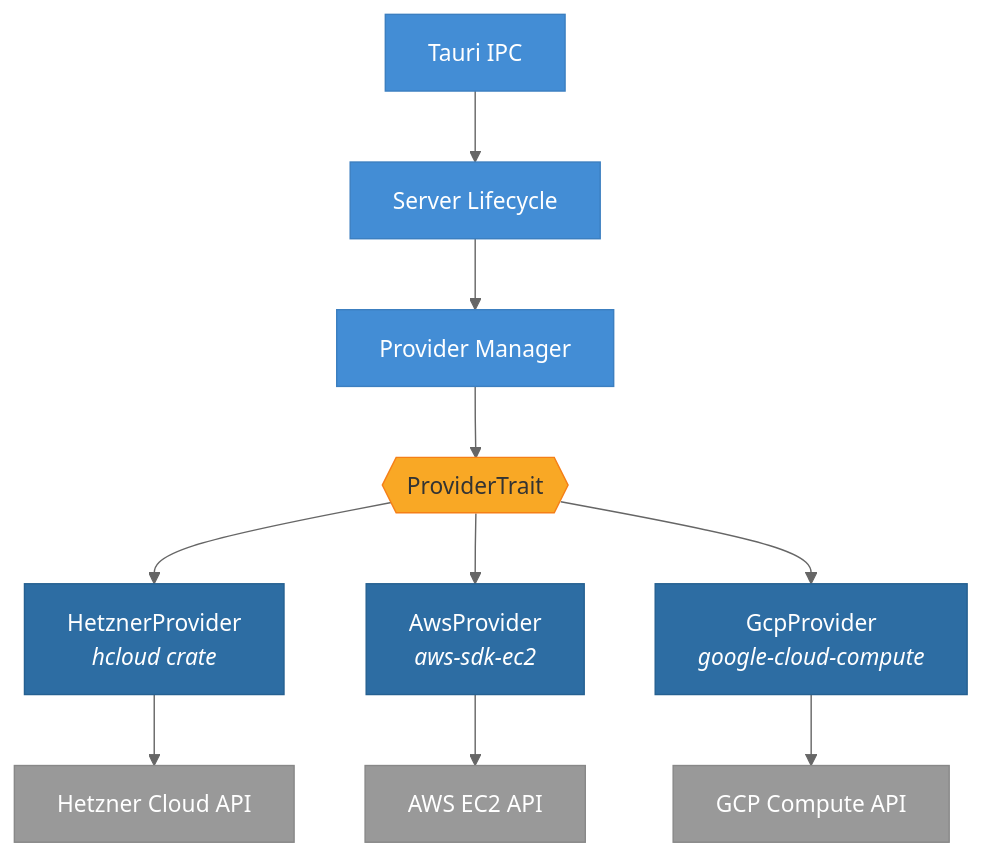
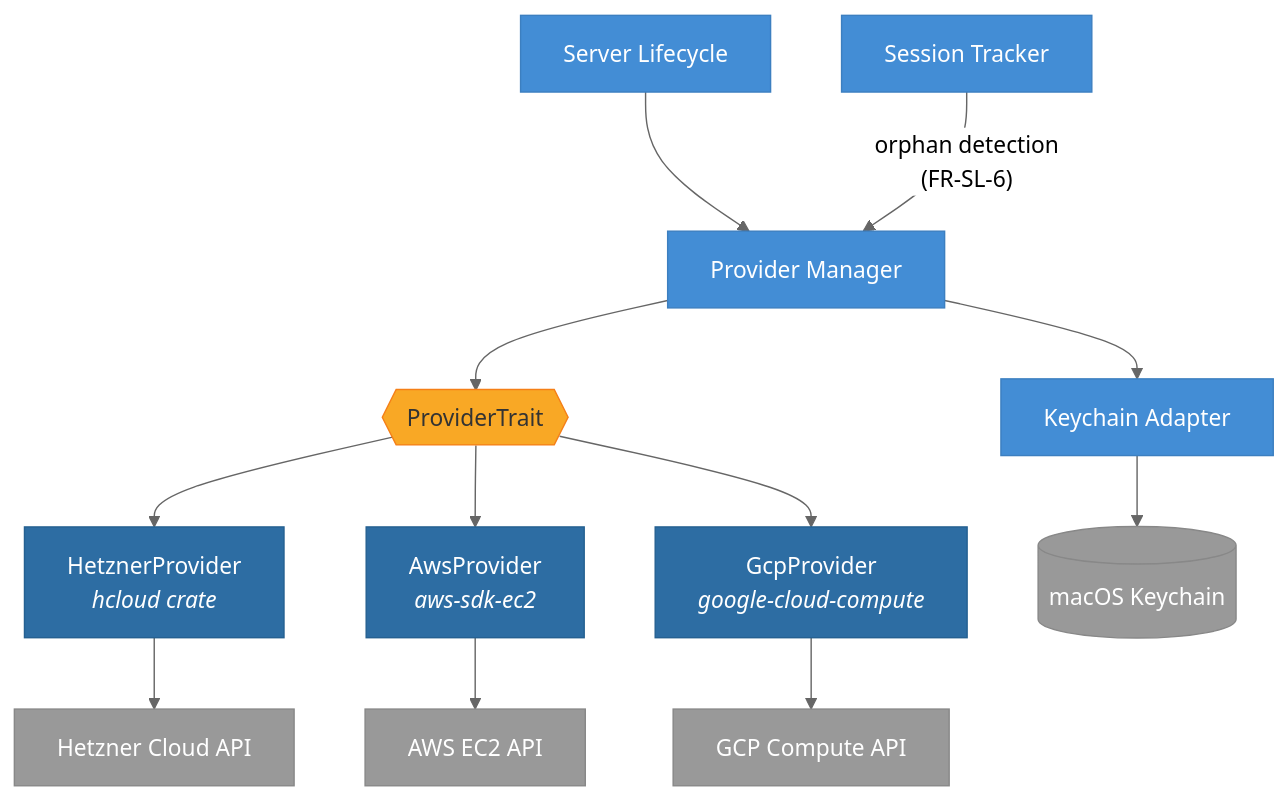
One commit to saemanas/oh-my-vpn changed the diagram in docs/adr/0002-use-rust-sdk-for-cloud-providers.md. Above: the diagram before and after it, drawn with Mermaid (neutral theme). The commit also changed other lines of this file and 9 other files, not shown here.

First line of the commit message:
docs: review and align ADRs with PRD and architecture

````diff
--- a/docs/adr/0002-use-rust-sdk-for-cloud-providers.md
+++ b/docs/adr/0002-use-rust-sdk-for-cloud-providers.md
@@ -47,25 +47,28 @@
 ```mermaid
 flowchart TD
-    ipc[Tauri IPC] --> serverLifecycle[Server Lifecycle]
-    serverLifecycle --> providerManager[Provider Manager]
+    serverLifecycle[Server Lifecycle] --> providerManager[Provider Manager]
+    sessionTracker[Session Tracker] -->|"orphan detection<br/>(FR-SL-6)"| providerManager
 
+    providerManager --> keychainAdapter[Keychain Adapter]
     providerManager --> trait{{"ProviderTrait"}}
 
     trait --> hetzner["HetznerProvider<br/><i>hcloud crate</i>"]
     trait --> aws["AwsProvider<br/><i>aws-sdk-ec2</i>"]
     trait --> gcp["GcpProvider<br/><i>google-cloud-compute</i>"]
 
     hetzner --> hetznerApi["Hetzner Cloud API"]
     aws --> awsApi["AWS EC2 API"]
     gcp --> gcpApi["GCP Compute API"]
 
+    keychainAdapter --> keychain[("macOS Keychain")]
+
     classDef module fill:#438dd5,stroke:#3c7fc0,color:#fff
     classDef sdk fill:#2d6da3,stroke:#256091,color:#fff
     classDef external fill:#999,stroke:#888,color:#fff
     classDef trait fill:#f9a825,stroke:#f57f17,color:#333
 
-    class ipc,serverLifecycle,providerManager module
+    class serverLifecycle,sessionTracker,providerManager,keychainAdapter module
     class hetzner,aws,gcp sdk
-    class hetznerApi,awsApi,gcpApi external
+    class hetznerApi,awsApi,gcpApi,keychain external
     class trait trait
 ```
````
